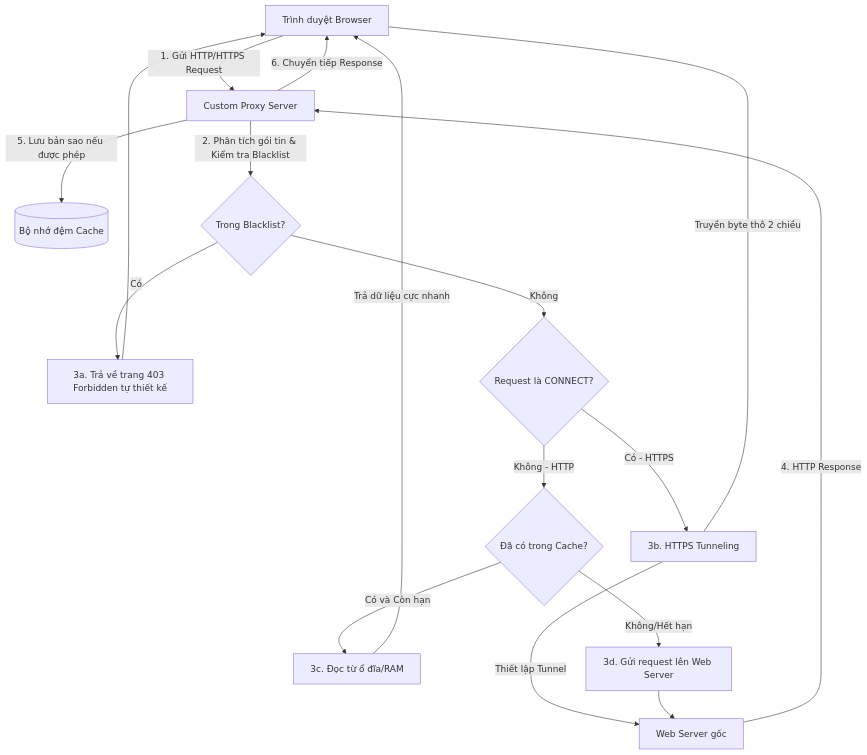
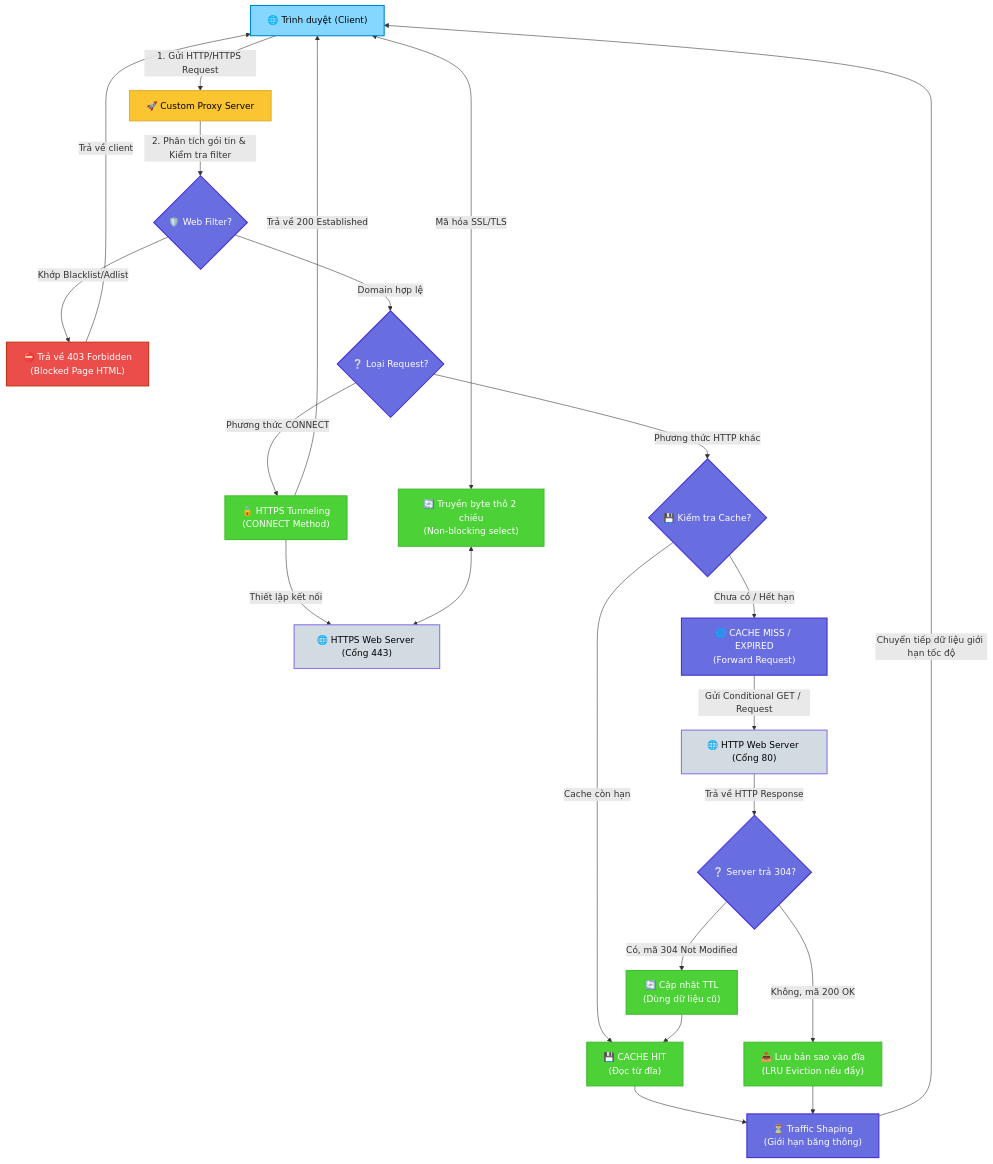
The diagram in README.md (Nminh3924/BTL-MMT), drawn with Mermaid before and after one commit. The commit also changed other lines of this file, not shown here.

````diff
--- a/README.md
+++ b/README.md
@@ -32,36 +92,69 @@
 ```mermaid
 graph TD
-    %% Định nghĩa các tác nhân
-    Browser["Trình duyệt Browser"]
-    Proxy["Custom Proxy Server"]
-    Cache[("Bộ nhớ đệm Cache")]
-    WebServer["Web Server gốc"]
+    %% Định nghĩa phong cách các khối
+    classDef client fill:#85d7ff,stroke:#008acb,stroke-width:2px,color:#000;
+    classDef proxy fill:#fbc531,stroke:#e1b12c,stroke-width:2px,color:#000;
+    classDef logic fill:#686de0,stroke:#4834d4,stroke-width:2px,color:#fff;
+    classDef block fill:#eb4d4b,stroke:#c23616,stroke-width:2px,color:#fff;
+    classDef success fill:#4cd137,stroke:#44bd32,stroke-width:2px,color:#fff;
+    classDef ext fill:#d2dae2,stroke:#8c7ae6,stroke-width:2px,color:#000;
+
+    Browser["🌐 Trình duyệt (Client)"]:::client
+    Proxy["🚀 Custom Proxy Server"]:::proxy
+    WebFilter{"🛡️ Web Filter?"}:::logic
+    BlockedPage["⛔ Trả về 403 Forbidden<br>(Blocked Page HTML)"]:::block
+    ReqType{"❔ Loại Request?"}:::logic
     
-    %% Luồng truyền tải
+    %% Nhánh HTTPS Connect
+    HttpsTunnel["🔒 HTTPS Tunneling<br>(CONNECT Method)"]:::success
+    RawTransfer["🔄 Truyền byte thô 2 chiều<br>(Non-blocking select)"]:::success
+    HttpsServer["🌐 HTTPS Web Server (Cổng 443)"]:::ext
+    
+    %% Nhánh HTTP Caching
+    CacheCheck{"💾 Kiểm tra Cache?"}:::logic
+    CacheHit["💾 CACHE HIT<br>(Đọc từ đĩa)"]:::success
+    CacheMiss["🌐 CACHE MISS / EXPIRED<br>(Forward Request)"]:::logic
+    OriginServer["🌐 HTTP Web Server (Cổng 80)"]:::ext
+    RevalCheck{"❔ Server trả 304?"}:::logic
+    RefreshCache["🔄 Cập nhật TTL<br>(Dùng dữ liệu cũ)"]:::success
+    SaveCache["📥 Lưu bản sao vào đĩa<br>(LRU Eviction nếu đầy)"]:::success
+    TrafficShape["⏳ Traffic Shaping<br>(Giới hạn băng thông)"]:::logic
+
+    %% Mối quan hệ luồng đi
     Browser -->|1. Gửi HTTP/HTTPS Request| Proxy
-    Proxy -->|2. Phân tích gói tin & Kiểm tra Blacklist| Filter{"Trong Blacklist?"}
+    Proxy -->|2. Phân tích gói tin & Kiểm tra filter| WebFilter
     
-    %% Xử lý filter chặn trang
-    Filter -->|Có| BlockPage["3a. Trả về trang 403 Forbidden tự thiết kế"]
-    BlockPage --> Browser
+    %% Nhánh Block
+    WebFilter -->|Khớp Blacklist/Adlist| BlockedPage
+    BlockedPage -->|Trả về client| Browser
     
-    %% Xử lý kết nối
-    Filter -->|Không| ConnectType{"Request là CONNECT?"}
+    %% Phân loại Request
+    WebFilter -->|Domain hợp lệ| ReqType
     
-    %% Nhánh CONNECT (HTTPS)
-    ConnectType -->|Có - HTTPS| HTTPSFlow["3b. HTTPS Tunneling"]
-    HTTPSFlow -->|Thiết lập Tunnel| WebServer
-    HTTPSFlow ---|Truyền byte thô 2 chiều| Browser
+    %% Nhánh HTTPS Connect
+    ReqType -->|Phương thức CONNECT| HttpsTunnel
+    HttpsTunnel -->|Thiết lập kết nối| HttpsServer
+    HttpsTunnel -->|Trả về 200 Established| Browser
+    Browser <-->|Mã hóa SSL/TLS| RawTransfer <--> HttpsServer
     
-    %% Nhánh HTTP thường có Cache
-    ConnectType -->|Không - HTTP| CacheCheck{"Đã có trong Cache?"}
+    %% Nhánh HTTP
+    ReqType -->|Phương thức HTTP khác| CacheCheck
     
-    CacheCheck -->|Có và Còn hạn| CacheHit["3c. Đọc từ ổ đĩa/RAM"]
-    CacheHit -->|Trả dữ liệu cực nhanh| Browser
+    %% Cache Hit
+    CacheCheck -->|Cache còn hạn| CacheHit
+    CacheHit --> TrafficShape
     
-    CacheCheck -->|Không/Hết hạn| CacheMiss["3d. Gửi request lên Web Server"]
-    CacheMiss --> WebServer
-    WebServer -->|4. HTTP Response| Proxy
-    Proxy -->|5. Lưu bản sao nếu được phép| Cache
-    Proxy -->|6. Chuyển tiếp Response| Browser
+    %% Cache Miss / Revalidate
+    CacheCheck -->|Chưa có / Hết hạn| CacheMiss
+    CacheMiss -->|Gửi Conditional GET / Request| OriginServer
+    OriginServer -->|Trả về HTTP Response| RevalCheck
+    
+    %% Kết quả Revalidation
+    RevalCheck -->|Có, mã 304 Not Modified| RefreshCache
+    RefreshCache --> CacheHit
+    
+    RevalCheck -->|Không, mã 200 OK| SaveCache
+    SaveCache --> TrafficShape
+    
+    TrafficShape -->|Chuyển tiếp dữ liệu giới hạn tốc độ| Browser
 ```
````
